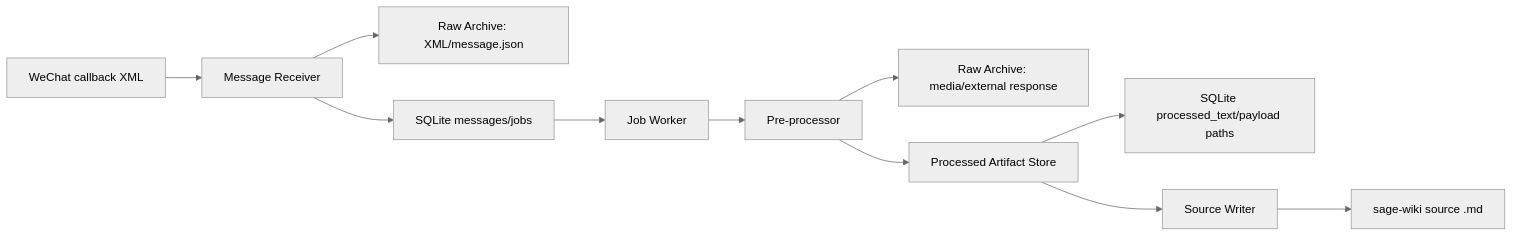
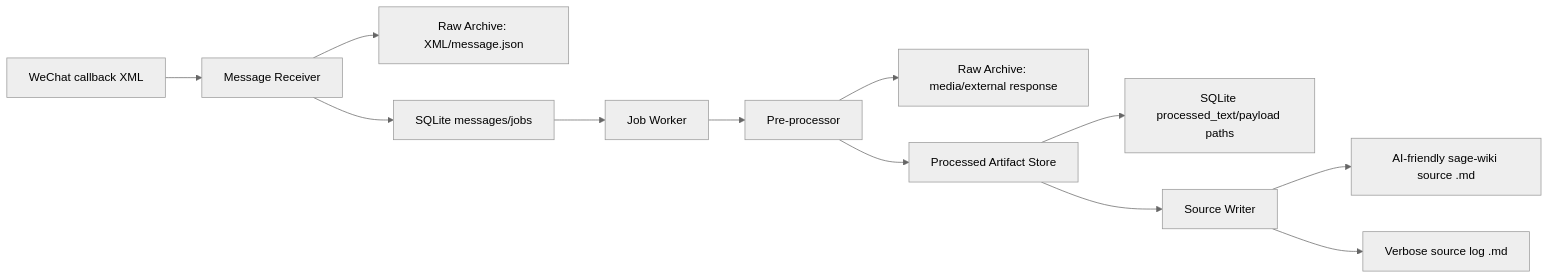
Before and after one commit to simonkuang/sage-wiki-bridge-wxo: the third of 4 diagrams in docs/technical-design.zh-CN.md, drawn with Mermaid (neutral theme). The commit also changed other lines of this file and 15 other files, not shown here.

Commit message:
feat: split AI source and audit log output

````diff
--- a/docs/technical-design.zh-CN.md
+++ b/docs/technical-design.zh-CN.md
@@ -776,13 +777,14 @@
 ```mermaid
 flowchart LR
   Callback["WeChat callback XML"] --> Receiver["Message Receiver"]
   Receiver --> Raw["Raw Archive: XML/message.json"]
   Receiver --> DB1["SQLite messages/jobs"]
   DB1 --> Worker["Job Worker"]
   Worker --> Pre["Pre-processor"]
   Pre --> Raw2["Raw Archive: media/external response"]
   Pre --> Art["Processed Artifact Store"]
   Art --> DB2["SQLite processed_text/payload paths"]
   Art --> Writer["Source Writer"]
-  Writer --> Source["sage-wiki source .md"]
+  Writer --> Source["AI-friendly sage-wiki source .md"]
+  Writer --> SourceLog["Verbose source log .md"]
 ```
````
